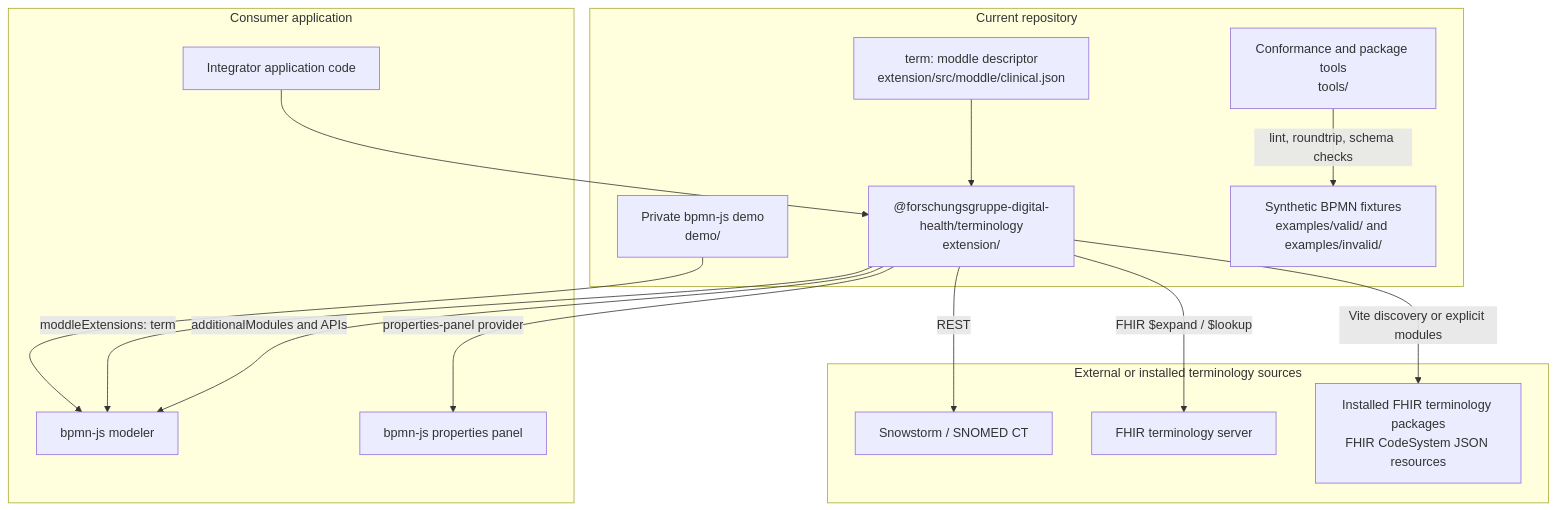
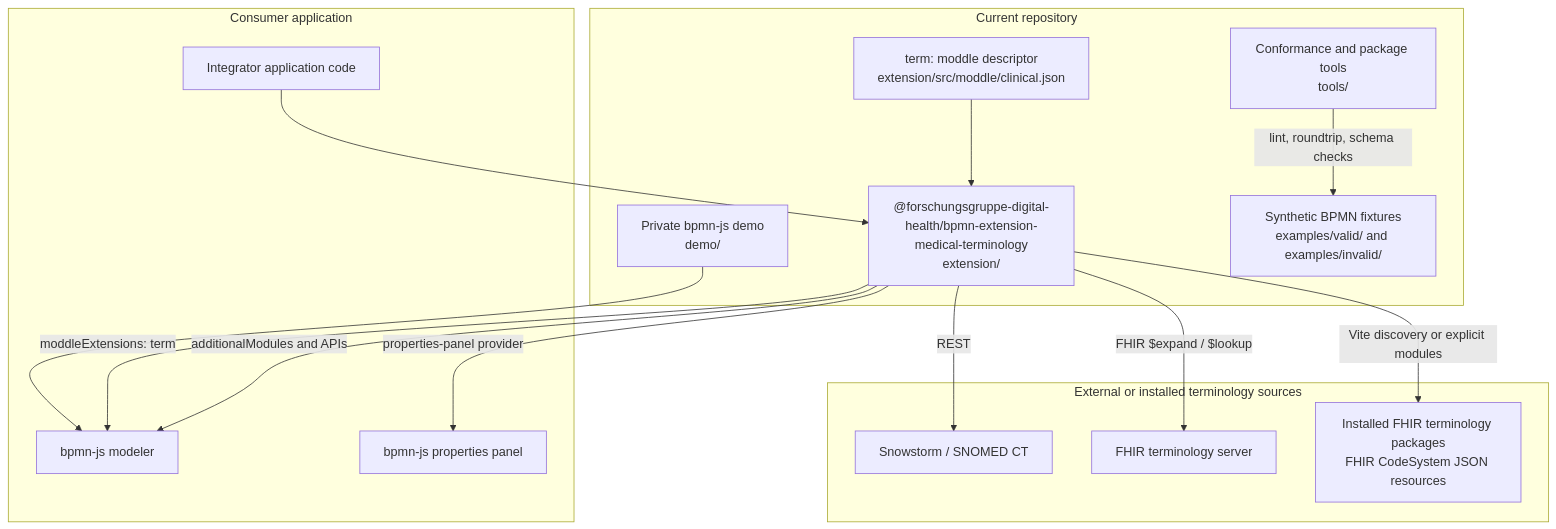
One commit to forschungsgruppe-digital-health/bpmn-extension-medical-terminology changed the diagram in docs/arc42/03_context_and_scope.md. Above: the diagram before and after it, drawn with Mermaid. The commit also changed 41 other files, not shown here.

First line of the commit message:
feat(terminology)!: publish renamed extension package

````diff
--- a/docs/arc42/03_context_and_scope.md
+++ b/docs/arc42/03_context_and_scope.md
@@ -8,33 +8,33 @@
 ```mermaid
 graph TB
     subgraph Repo["Current repository"]
-        EXT["@forschungsgruppe-digital-health/terminology<br/>extension/"]
+        EXT["@forschungsgruppe-digital-health/bpmn-extension-medical-terminology<br/>extension/"]
         DEMO["Private bpmn-js demo<br/>demo/"]
         FIX["Synthetic BPMN fixtures<br/>examples/valid/ and examples/invalid/"]
         TOOLS["Conformance and package tools<br/>tools/"]
         MODDLE["term: moddle descriptor<br/>extension/src/moddle/clinical.json"]
     end
 
     subgraph Host["Consumer application"]
         MODEL["bpmn-js modeler"]
         PANEL["bpmn-js properties panel"]
         APP["Integrator application code"]
     end
 
     subgraph External["External or installed terminology sources"]
         SNOW["Snowstorm / SNOMED CT"]
         FHIR["FHIR terminology server"]
         PACK["Installed FHIR terminology packages<br/>FHIR CodeSystem JSON resources"]
     end
 
     EXT -->|additionalModules and APIs| MODEL
     EXT -->|properties-panel provider| PANEL
     EXT -->|moddleExtensions: term| MODEL
     APP --> EXT
     DEMO --> MODEL
     MODDLE --> EXT
     EXT -->|REST| SNOW
     EXT -->|FHIR $expand / $lookup| FHIR
     EXT -->|Vite discovery or explicit modules| PACK
     TOOLS -->|lint, roundtrip, schema checks| FIX
 ```
````
